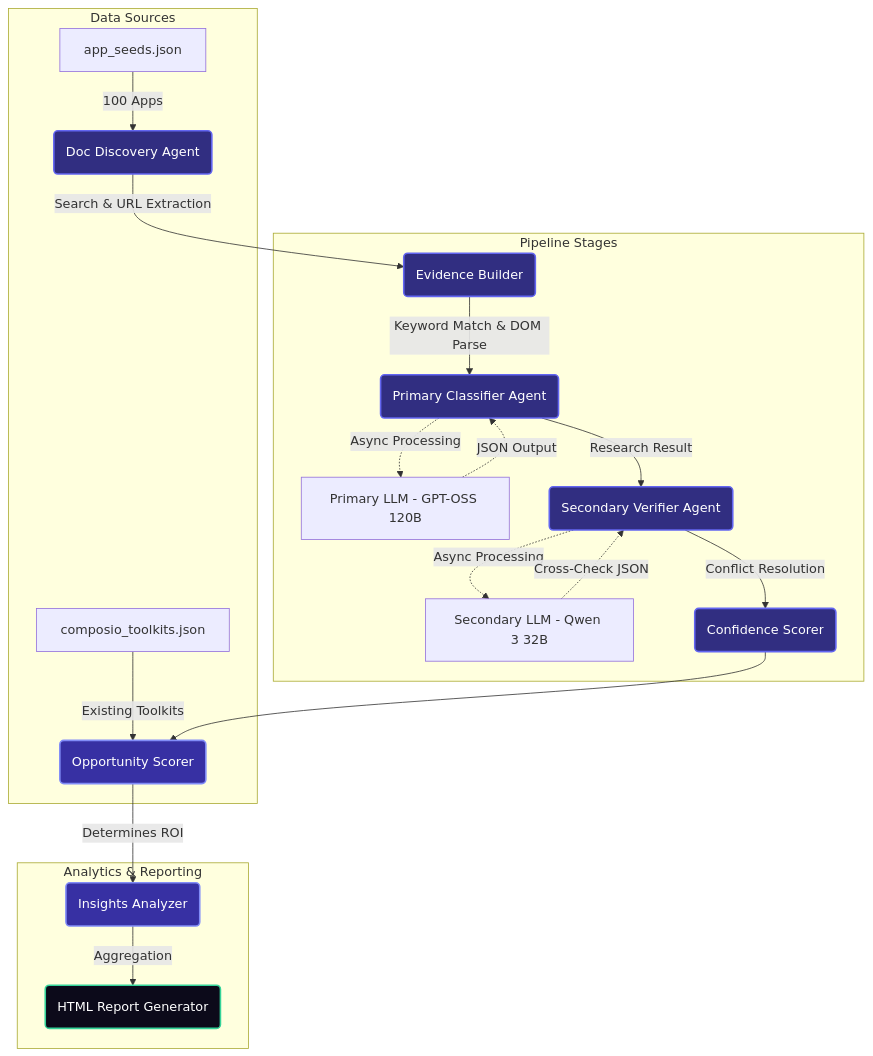
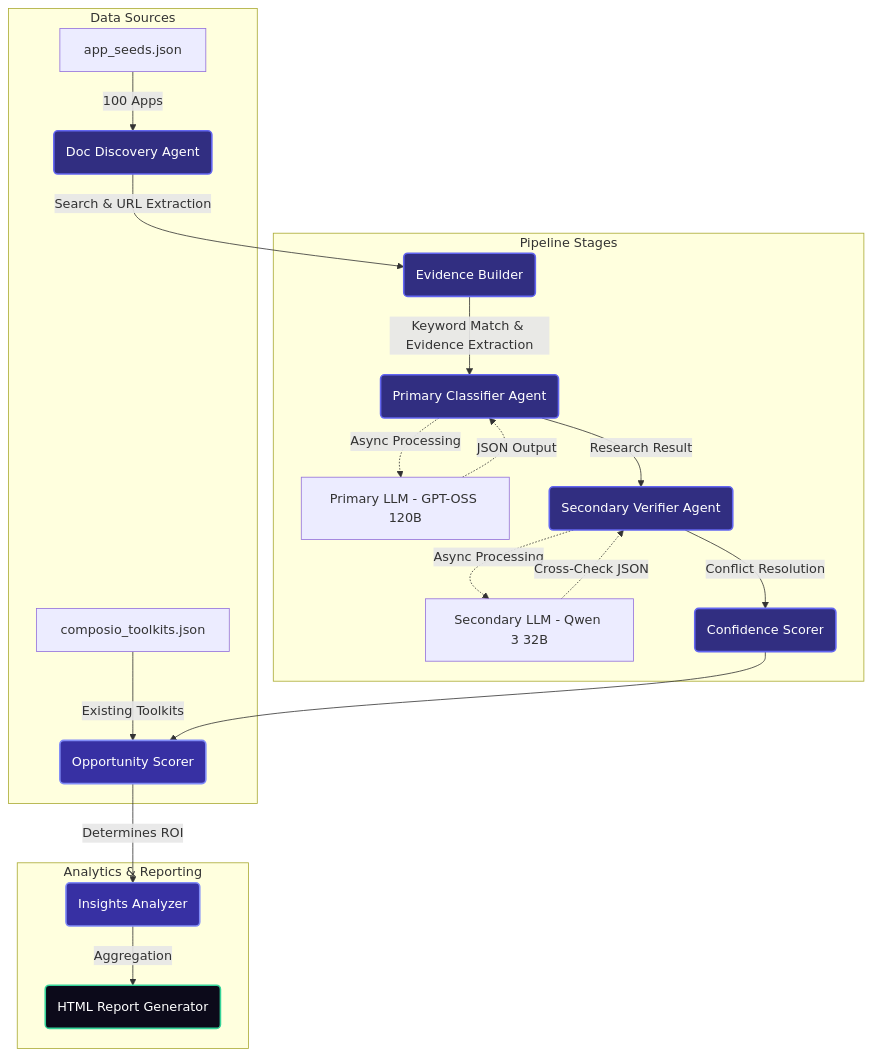
Before and after one commit to sh3bh1t/composio_aipi: the first of 2 diagrams in README.md, drawn with Mermaid. The commit also changed other lines of this file, not shown here.

````diff
--- a/README.md
+++ b/README.md
@@ -11,37 +11,37 @@
 ```mermaid
 graph TD
     subgraph Data Sources
         S[app_seeds.json] --> |100 Apps| D(Doc Discovery Agent)
         C[composio_toolkits.json] --> |Existing Toolkits| OS(Opportunity Scorer)
     end
 
     subgraph Pipeline Stages
         D --> |Search & URL Extraction| E(Evidence Builder)
-        E --> |Keyword Match & DOM Parse| CL(Primary Classifier Agent)
+        E --> |Keyword Match & Evidence Extraction| CL(Primary Classifier Agent)
         
         CL -.-> |Async Processing| LLM1[Primary LLM - GPT-OSS 120B]
         LLM1 -.-> |JSON Output| CL
         
         CL --> |Research Result| V(Secondary Verifier Agent)
         
         V -.-> |Async Processing| LLM2[Secondary LLM - Qwen 3 32B]
         LLM2 -.-> |Cross-Check JSON| V
         
         V --> |Conflict Resolution| CS(Confidence Scorer)
     end
 
     subgraph Analytics & Reporting
         CS --> OS
         OS --> |Determines ROI| I(Insights Analyzer)
         I --> |Aggregation| R(HTML Report Generator)
     end
 
     style D fill:#312e81,stroke:#6366f1,stroke-width:2px,color:#fff
     style E fill:#312e81,stroke:#6366f1,stroke-width:2px,color:#fff
     style CL fill:#312e81,stroke:#6366f1,stroke-width:2px,color:#fff
     style V fill:#312e81,stroke:#6366f1,stroke-width:2px,color:#fff
     style CS fill:#312e81,stroke:#6366f1,stroke-width:2px,color:#fff
     style OS fill:#3730a3,stroke:#818cf8,stroke-width:2px,color:#fff
     style I fill:#3730a3,stroke:#818cf8,stroke-width:2px,color:#fff
     style R fill:#0c0a1a,stroke:#34d399,stroke-width:2px,color:#fff
 ```
````
